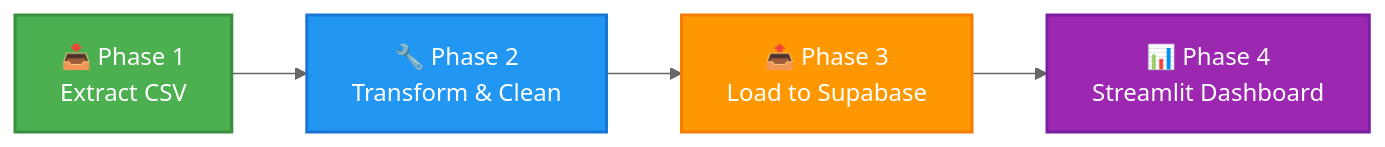
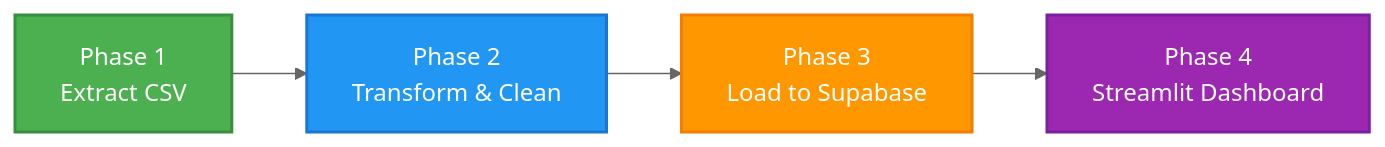
The diagram in README.md (ahmed-abdelwahed1/hevy-flow), drawn with Mermaid (neutral theme) before and after one commit. The commit also changed other lines of this file, not shown here.

````diff
--- a/README.md
+++ b/README.md
@@ -7,11 +7,11 @@
 ```mermaid
 graph LR
-    A["📥 Phase 1<br/>Extract CSV"] --> B["🔧 Phase 2<br/>Transform & Clean"]
-    B --> C["📤 Phase 3<br/>Load to Supabase"]
-    C --> D["📊 Phase 4<br/>Streamlit Dashboard"]
+    A["Phase 1<br/>Extract CSV"] --> B["Phase 2<br/>Transform & Clean"]
+    B --> C["Phase 3<br/>Load to Supabase"]
+    C --> D["Phase 4<br/>Streamlit Dashboard"]
 
     style A fill:#4CAF50,color:#fff,stroke:#388E3C,stroke-width:2px
     style B fill:#2196F3,color:#fff,stroke:#1976D2,stroke-width:2px
     style C fill:#FF9800,color:#fff,stroke:#F57C00,stroke-width:2px
     style D fill:#9C27B0,color:#fff,stroke:#7B1FA2,stroke-width:2px
 ```
````
